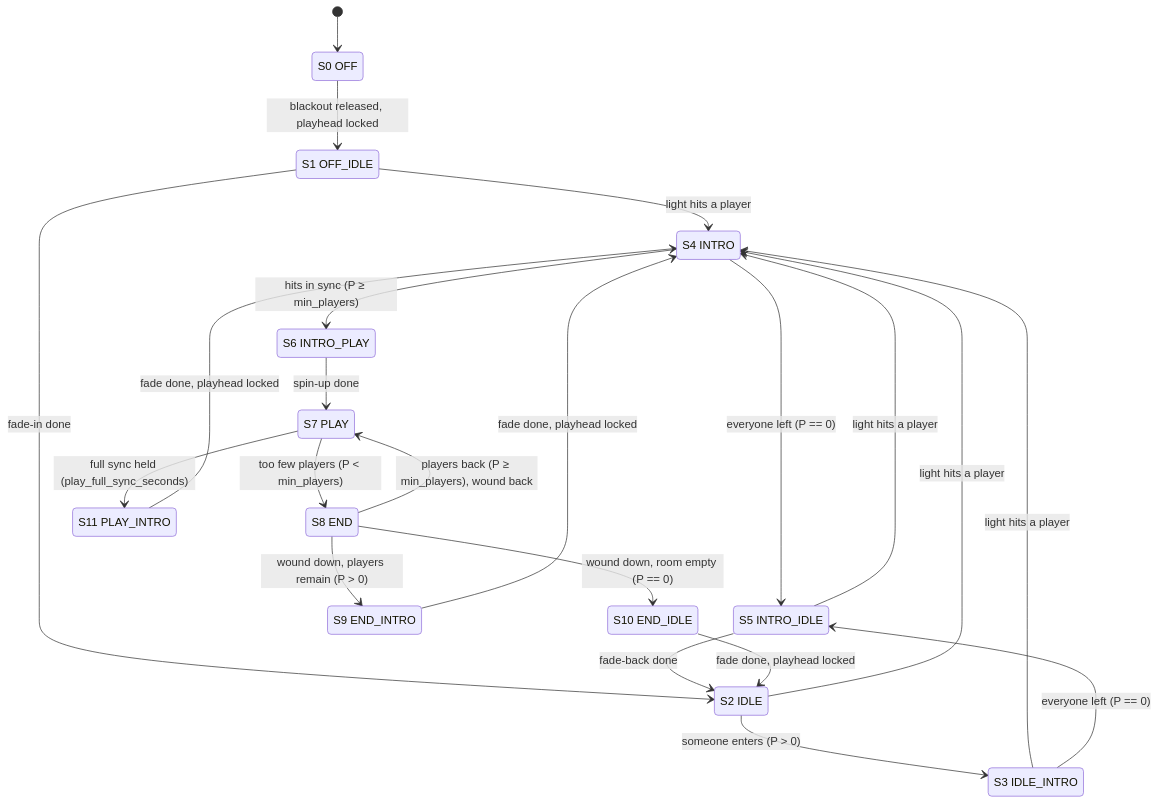
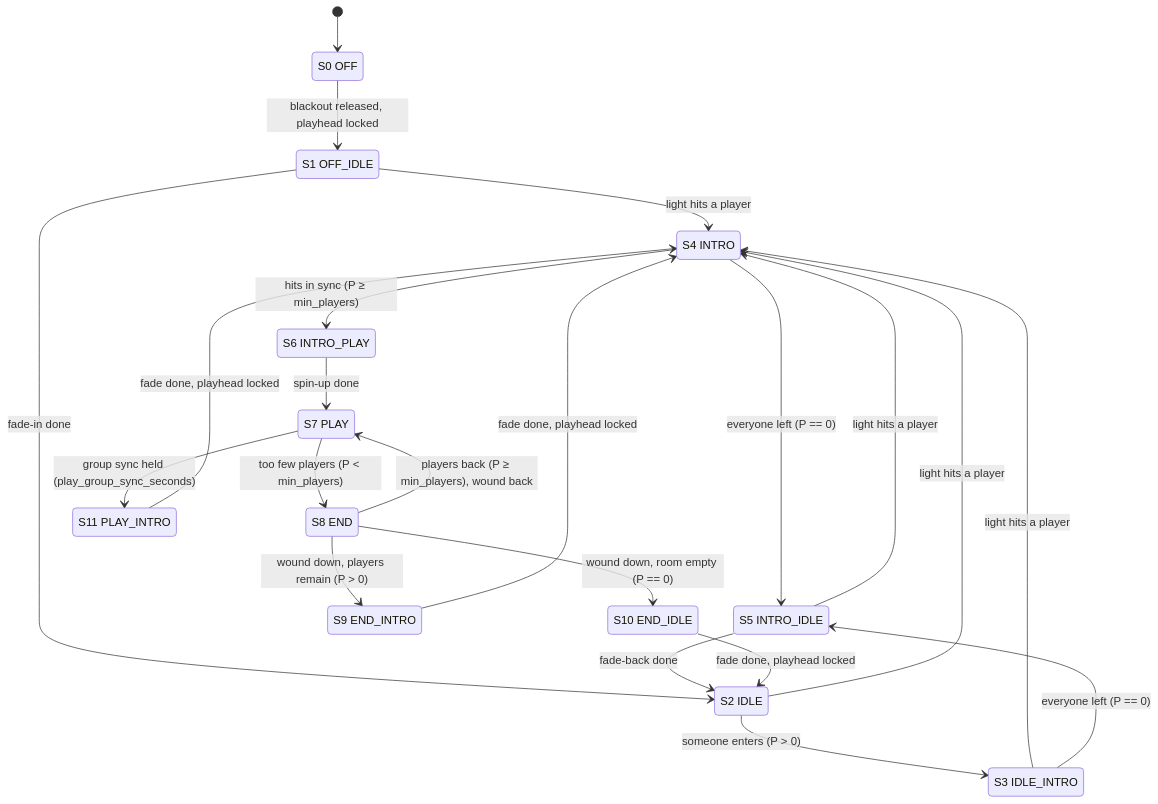
Before and after one commit to moostrik/Poser2: the diagram in apps/white_space/docs/STATES.md, drawn with Mermaid. The commit also changed other lines of this file and 31 other files, not shown here.

````diff
--- a/apps/white_space/docs/STATES.md
+++ b/apps/white_space/docs/STATES.md
@@ -78,50 +79,50 @@
 ```mermaid
 stateDiagram-v2
     %% box labels
     OFF        : S0 OFF
     OFF_IDLE   : S1 OFF_IDLE
     IDLE       : S2 IDLE
     IDLE_INTRO : S3 IDLE_INTRO
     INTRO      : S4 INTRO
     INTRO_IDLE : S5 INTRO_IDLE
     INTRO_PLAY : S6 INTRO_PLAY
     PLAY       : S7 PLAY
     END        : S8 END
     END_INTRO  : S9 END_INTRO
     END_IDLE   : S10 END_IDLE
     PLAY_INTRO : S11 PLAY_INTRO
 
     %% transitions, grouped by source state
     [*]        --> OFF
 
     OFF        --> OFF_IDLE   : blackout released, playhead locked
 
     OFF_IDLE   --> INTRO      : light hits a player
     OFF_IDLE   --> IDLE       : fade-in done
 
     IDLE       --> INTRO      : light hits a player
     IDLE       --> IDLE_INTRO : someone enters (P > 0)
 
     IDLE_INTRO --> INTRO      : light hits a player
     IDLE_INTRO --> INTRO_IDLE : everyone left (P == 0)
 
     INTRO      --> INTRO_IDLE : everyone left (P == 0)
     INTRO      --> INTRO_PLAY : hits in sync (P ≥ min_players)
 
     INTRO_IDLE --> INTRO      : light hits a player
     INTRO_IDLE --> IDLE       : fade-back done
 
     INTRO_PLAY --> PLAY       : spin-up done
 
     PLAY       --> END        : too few players (P < min_players)
-    PLAY       --> PLAY_INTRO : full sync held (play_full_sync_seconds)
+    PLAY       --> PLAY_INTRO : group sync held (play_group_sync_seconds)
 
     END        --> PLAY       : players back (P ≥ min_players), wound back
     END        --> END_INTRO  : wound down, players remain (P > 0)
     END        --> END_IDLE   : wound down, room empty (P == 0)
 
     END_INTRO  --> INTRO      : fade done, playhead locked
     END_IDLE   --> IDLE       : fade done, playhead locked
 
     PLAY_INTRO --> INTRO      : fade done, playhead locked
 ```
````
